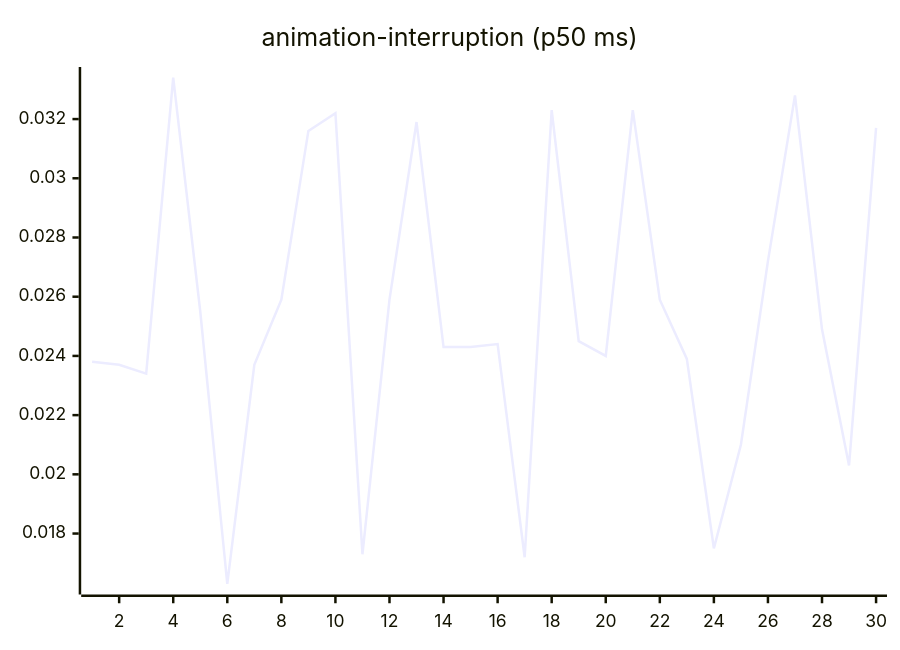
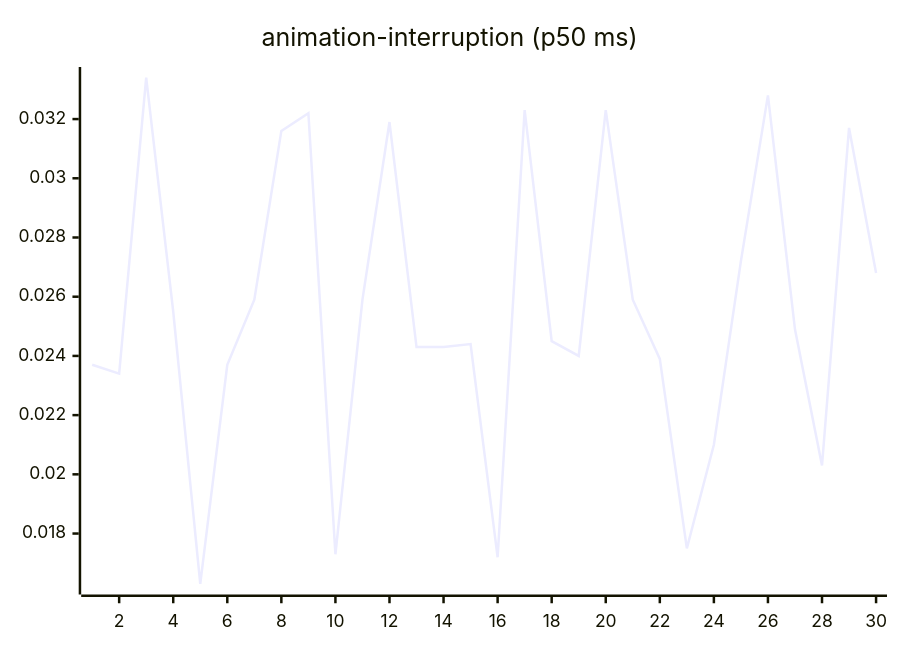
Before and after one commit to josha/Facet: the third of 27 diagrams in README.md, drawn with Mermaid. The commit also changed other lines of this file and 2 other files, not shown here.

````diff
--- a/README.md
+++ b/README.md
@@ -77,6 +77,6 @@
 ```mermaid
 xychart-beta
     title "animation-interruption (p50 ms)"
     x-axis 1 --> 30
-    line [0.0238, 0.0237, 0.0234, 0.0334, 0.0255, 0.0163, 0.0237, 0.0259, 0.0316, 0.0322, 0.0173, 0.0259, 0.0319, 0.0243, 0.0243, 0.0244, 0.0172, 0.0323, 0.0245, 0.0240, 0.0323, 0.0259, 0.0239, 0.0175, 0.0210, 0.0272, 0.0328, 0.0249, 0.0203, 0.0317]
+    line [0.0237, 0.0234, 0.0334, 0.0255, 0.0163, 0.0237, 0.0259, 0.0316, 0.0322, 0.0173, 0.0259, 0.0319, 0.0243, 0.0243, 0.0244, 0.0172, 0.0323, 0.0245, 0.0240, 0.0323, 0.0259, 0.0239, 0.0175, 0.0210, 0.0272, 0.0328, 0.0249, 0.0203, 0.0317, 0.0268]
 ```
````
